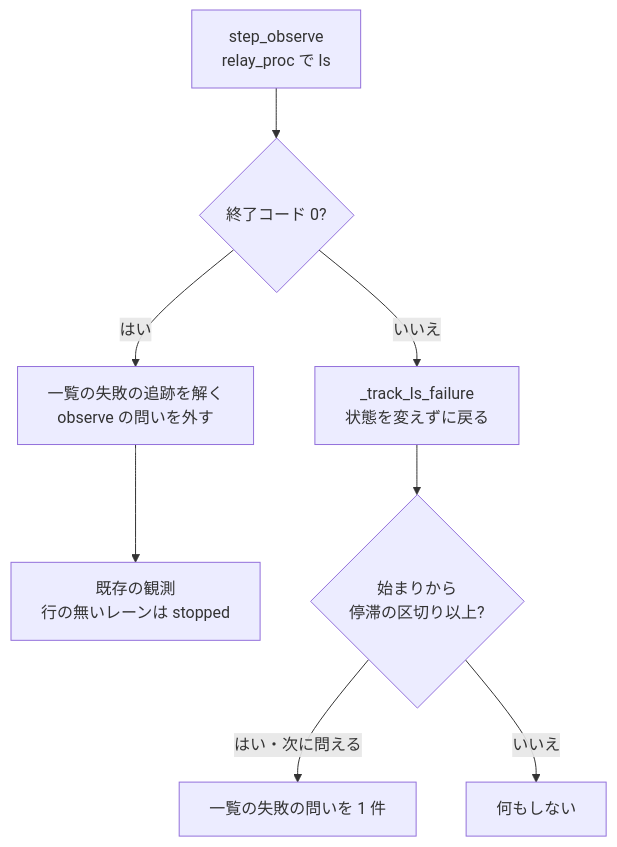
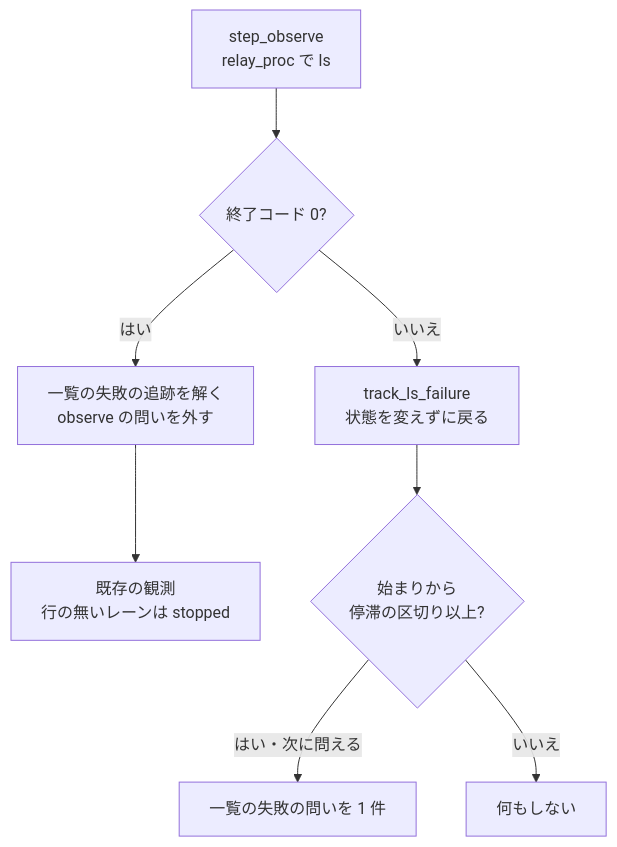
The second of 2 diagrams in docs/specifications/ndf-shared-venv-and-relay-ls-failure.md (devbasex/ai-plugins), drawn with Mermaid before and after one commit. The commit also changed other lines of this file, not shown here.

````diff
--- a/docs/specifications/ndf-shared-venv-and-relay-ls-failure.md
+++ b/docs/specifications/ndf-shared-venv-and-relay-ls-failure.md
@@ -105,10 +105,10 @@
 ```mermaid
 graph TD
     A[step_observe<br/>relay_proc で ls] --> B{終了コード 0?}
-    B -->|いいえ| C[_track_ls_failure<br/>状態を変えずに戻る]
+    B -->|いいえ| C[track_ls_failure<br/>状態を変えずに戻る]
     B -->|はい| D[一覧の失敗の追跡を解く<br/>observe の問いを外す]
     D --> E[既存の観測<br/>行の無いレーンは stopped]
     C --> F{始まりから<br/>停滞の区切り以上?}
     F -->|はい・次に問える| G[一覧の失敗の問いを 1 件]
     F -->|いいえ| H[何もしない]
 ```
````
